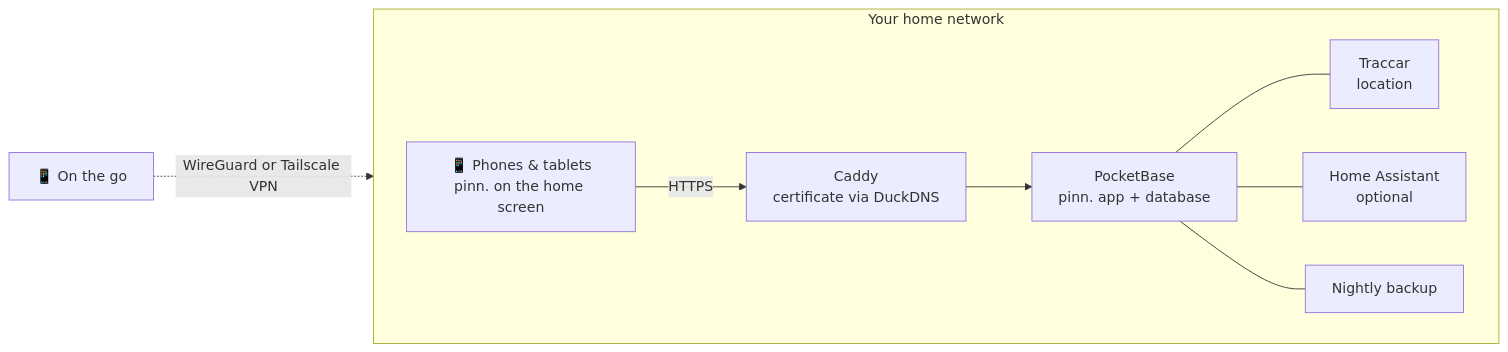
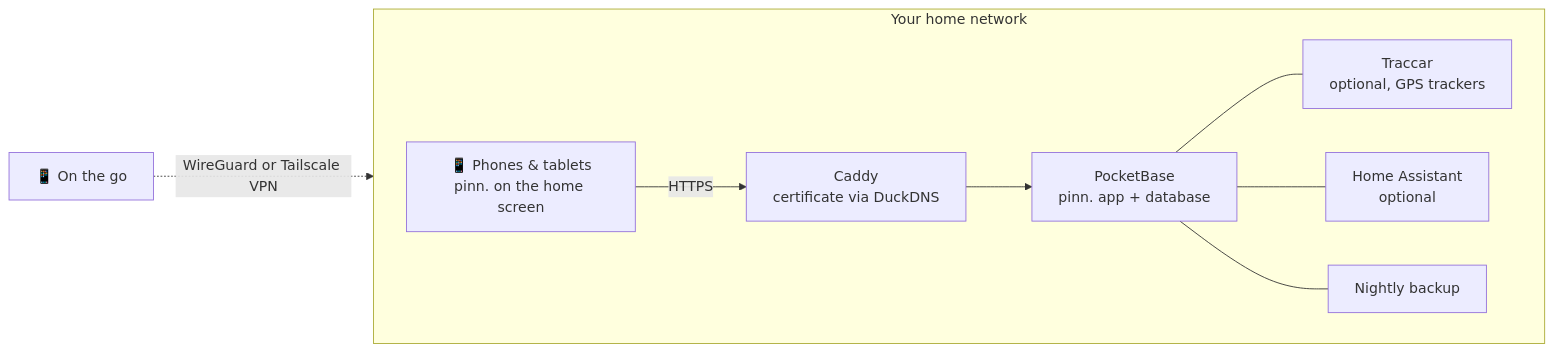
The diagram in README.md (pinn-shost/pinn), drawn with Mermaid before and after one commit. The commit also changed other lines of this file and 6 other files, not shown here.

````diff
--- a/README.md
+++ b/README.md
@@ -64,12 +64,12 @@
 ```mermaid
 flowchart LR
   subgraph Home["Your home network"]
     direction LR
     P["📱 Phones & tablets<br/>pinn. on the home screen"] -->|HTTPS| C["Caddy<br/>certificate via DuckDNS"]
     C --> PB["PocketBase<br/>pinn. app + database"]
-    PB --- T["Traccar<br/>location"]
+    PB --- T["Traccar<br/>optional, GPS trackers"]
     PB --- HA["Home Assistant<br/>optional"]
     PB --- B["Nightly backup"]
   end
   R["📱 On the go"] -.->|"WireGuard or Tailscale VPN"| C
 ```
````
